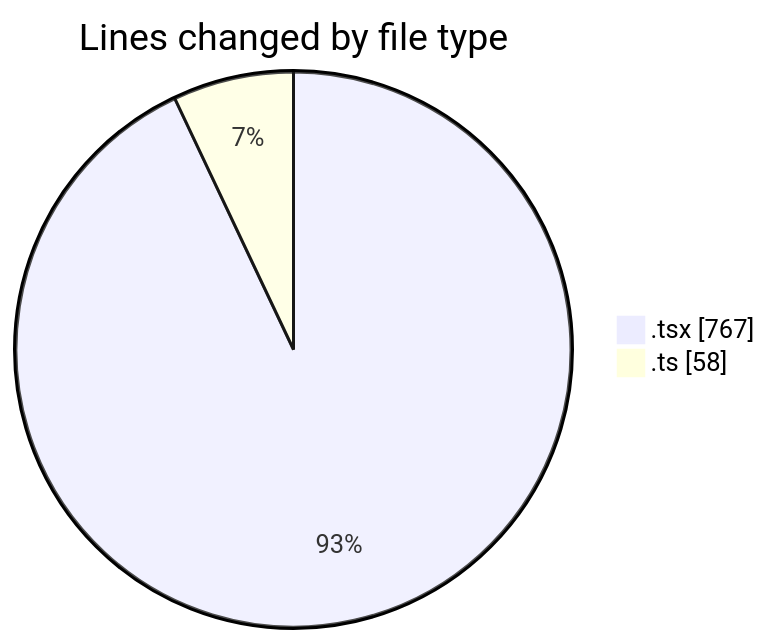
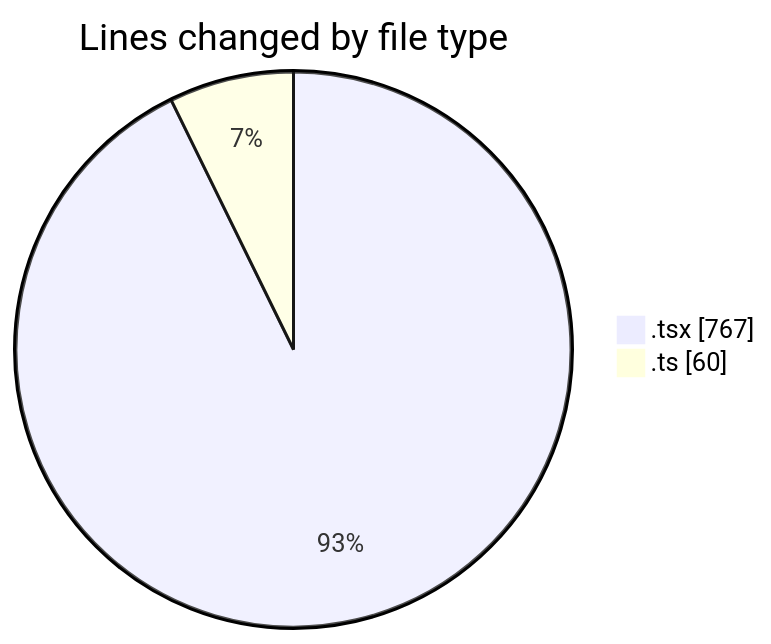
Before and after one commit to robertbonfada/code-tracking: the first of 2 diagrams in 2025-02-03/termonied-web/README.md, drawn with Mermaid. The commit also changed other lines of this file and 1 other file, not shown here.

````diff
--- a/2025-02-03/termonied-web/README.md
+++ b/2025-02-03/termonied-web/README.md
@@ -24,6 +24,6 @@
 ```mermaid
 pie showData
 title Lines changed by file type
 ".tsx" : 767
-".ts" : 58
+".ts" : 60
 ```
````
